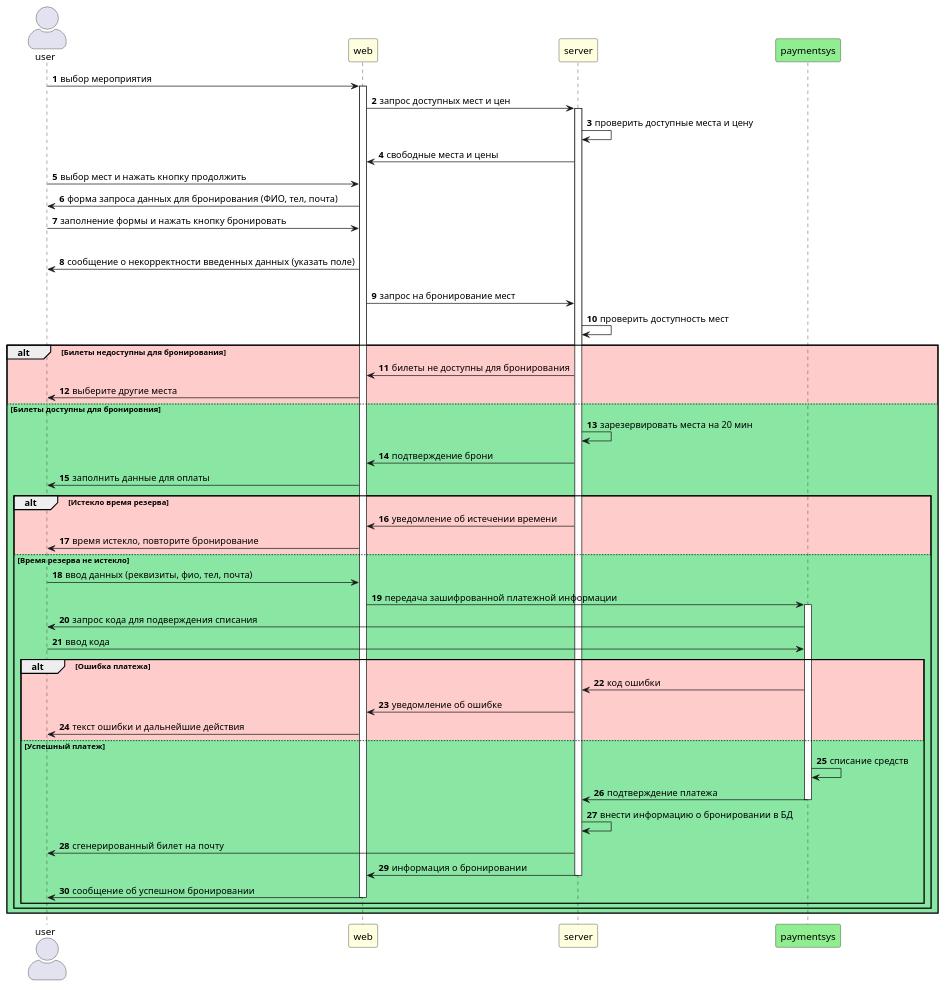
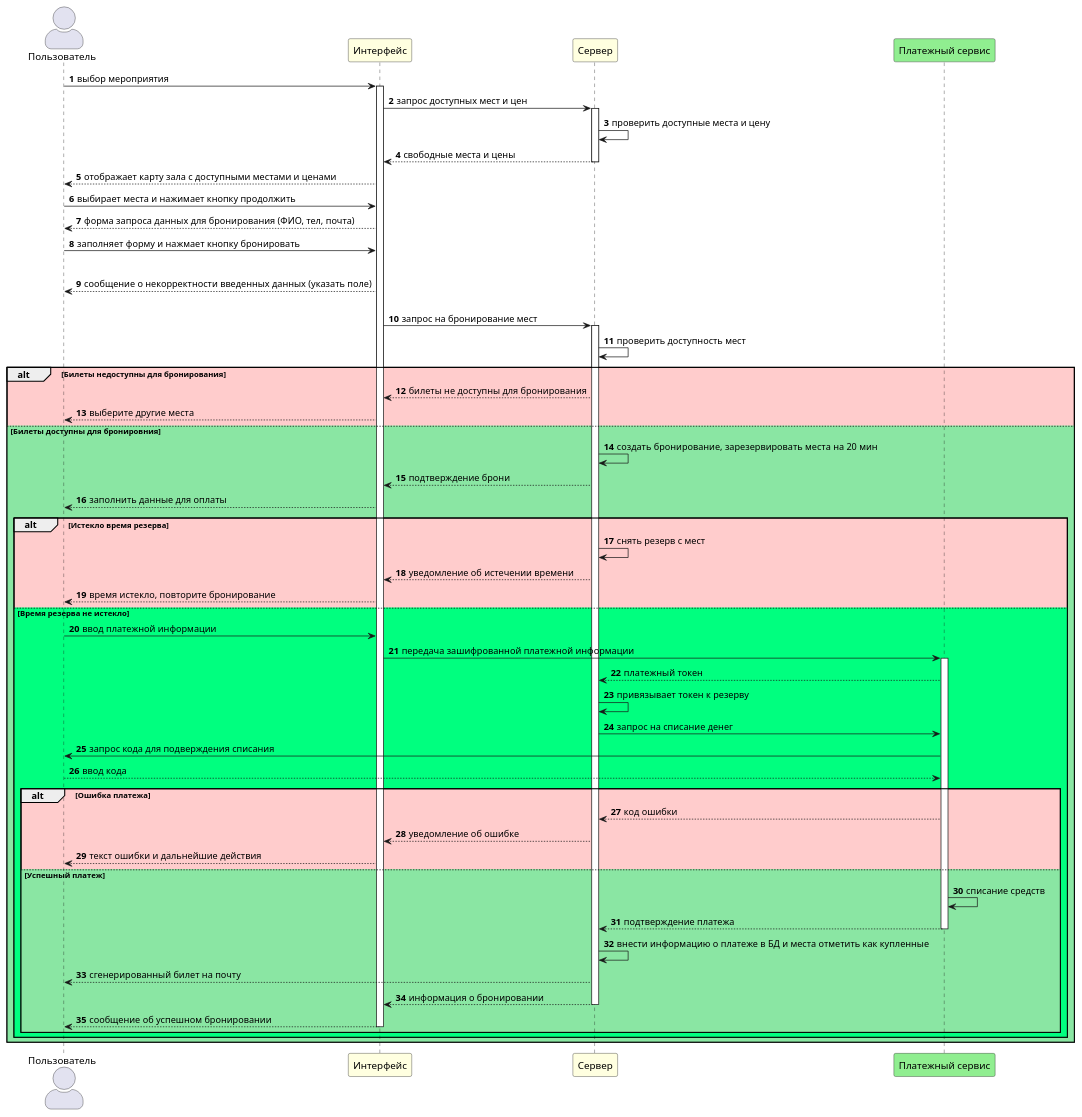
One commit to NadezdaHope19/practice changed the diagram in diagrams/sequence.puml. Above: the diagram before and after it, drawn with PlantUML.

```diff
--- a/diagrams/sequence.puml
+++ b/diagrams/sequence.puml
@@ -1,55 +1,62 @@
 @startuml
 autonumber
 skinparam actorStyle awesome
-actor user
-participant web #lightyellow
-participant server #lightyellow
-participant paymentsys #lightgreen
+actor "Пользователь" as user
+participant "Интерфейс" as web #lightyellow
+participant "Сервер" as server #lightyellow
+participant "Платежный сервис" as paymentsys #lightgreen
 user -> web : выбор мероприятия
 activate web
 web -> server : запрос доступных мест и цен
 activate server
 server -> server : проверить доступные места и цену
-server -> web : свободные места и цены
-user -> web : выбор мест и нажать кнопку продолжить
-web -> user : форма запроса данных для бронирования (ФИО, тел, почта)
-user -> web : заполнение формы и нажать кнопку бронировать 
+server --> web : свободные места и цены
+deactivate server
+web --> user : отображает карту зала с доступными местами и ценами
+user -> web : выбирает места и нажимает кнопку продолжить
+web --> user : форма запроса данных для бронирования (ФИО, тел, почта)
+user -> web : заполняет форму и нажмает кнопку бронировать 
 alt #ffcccc Форма заполнена некорректно
-web -> user : сообщение о некорректности введенных данных (указать поле)
-else #8ae6a3 Форма заполнена корректно
+web --> user : сообщение о некорректности введенных данных (указать поле)
+else #00ff7f Форма заполнена корректно
 web -> server : запрос на бронирование мест
+activate server
 server -> server : проверить доступность мест
 alt #ffcccc Билеты недоступны для бронирования
-server -> web : билеты не доступны для бронирования
-web -> user : выберите другие места
+server --> web : билеты не доступны для бронирования
+web --> user : выберите другие места
 else #8ae6a3 Билеты доступны для бронировния
-server -> server : зарезервировать места на 20 мин
-server -> web : подтверждение брони
-web -> user : заполнить данные для оплаты
+server -> server : создать бронирование, зарезервировать места на 20 мин
+server --> web : подтверждение брони
+web --> user : заполнить данные для оплаты
 alt #ffcccc Истекло время резерва
-server -> web : уведомление об истечении времени
-web -> user : время истекло, повторите бронирование
-else #8ae6a3 Время резерва не истекло
-user -> web : ввод данных (реквизиты, фио, тел, почта)
+server -> server : снять резерв с мест
+server --> web : уведомление об истечении времени
+web --> user : время истекло, повторите бронирование
+else #00ff7f Время резерва не истекло
+user -> web : ввод платежной информации
 web -> paymentsys : передача зашифрованной платежной информации 
 activate paymentsys
+paymentsys --> server : платежный токен
+server -> server : привязывает токен к резерву
+server -> paymentsys : запрос на списание денег
 paymentsys -> user : запрос кода для подверждения списания
-user -> paymentsys : ввод кода
+user --> paymentsys : ввод кода
 alt #ffcccc Ошибка платежа
-paymentsys -> server : код ошибки
-server -> web : уведомление об ошибке
-web -> user : текст ошибки и дальнейшие действия
+paymentsys --> server : код ошибки
+server --> web : уведомление об ошибке
+web --> user : текст ошибки и дальнейшие действия
 else #8ae6a3 Успешный платеж
 paymentsys -> paymentsys : списание средств
-paymentsys -> server : подтверждение платежа 
+paymentsys --> server : подтверждение платежа 
 deactivate paymentsys
-server -> server : внести информацию о бронировании в БД
-server -> user : сгенерированный билет на почту
-server -> web : информация о бронировании
+server -> server : внести информацию о платеже в БД и места отметить как купленные
+server --> user : сгенерированный билет на почту
+server --> web : информация о бронировании
 deactivate server
-web -> user : сообщение об успешном бронировании
+web --> user : сообщение об успешном бронировании
 deactivate web
 end
 end
 end
 @enduml
```
